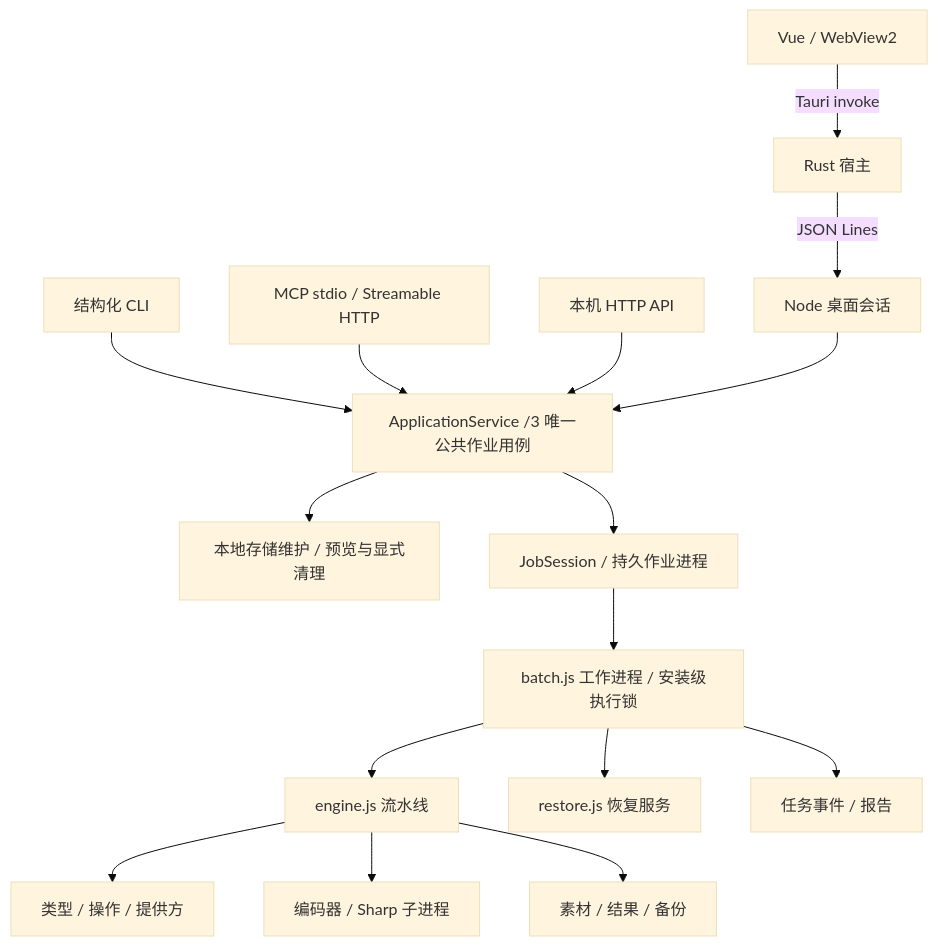
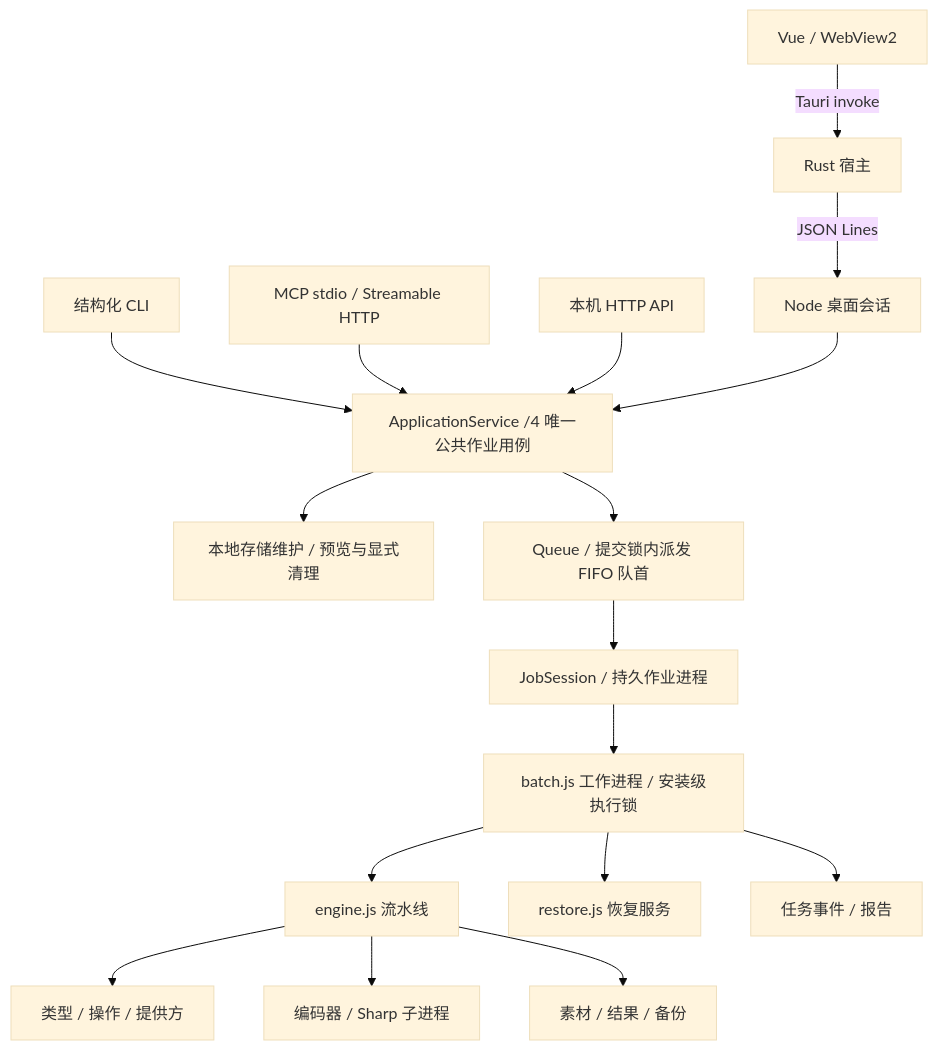
Before and after one commit to ISQIShI/AssetToolbox: the diagram in docs/architecture/overview.md, drawn with Mermaid (base theme). The commit also changed other lines of this file and 46 other files, not shown here.

First line of the commit message:
feat(application)!: 实现持久 FIFO 队列与安全会话调度

````diff
--- a/docs/architecture/overview.md
+++ b/docs/architecture/overview.md
@@ -7,18 +7,19 @@
 ```mermaid
 flowchart TD
     UI[Vue / WebView2] -->|Tauri invoke| Host[Rust 宿主]
     Host -->|JSON Lines| Bridge[Node 桌面会话]
-    CLI[结构化 CLI] --> Application[ApplicationService /3 唯一公共作业用例]
+    CLI[结构化 CLI] --> Application[ApplicationService /4 唯一公共作业用例]
     MCP[MCP stdio / Streamable HTTP] --> Application
     HTTP[本机 HTTP API] --> Application
     Bridge --> Application
     Application --> Storage[本地存储维护 / 预览与显式清理]
-    Application --> Session[JobSession / 持久作业进程]
+    Application --> Queue[Queue / 提交锁内派发 FIFO 队首]
+    Queue --> Session[JobSession / 持久作业进程]
     Session --> Worker[batch.js 工作进程 / 安装级执行锁]
     Worker --> Engine[engine.js 流水线]
     Engine --> Catalog[类型 / 操作 / 提供方]
     Engine --> Tool[编码器 / Sharp 子进程]
     Worker --> Restore[restore.js 恢复服务]
     Worker --> Data[任务事件 / 报告]
     Engine --> Files[素材 / 结果 / 备份]
 ```
````
